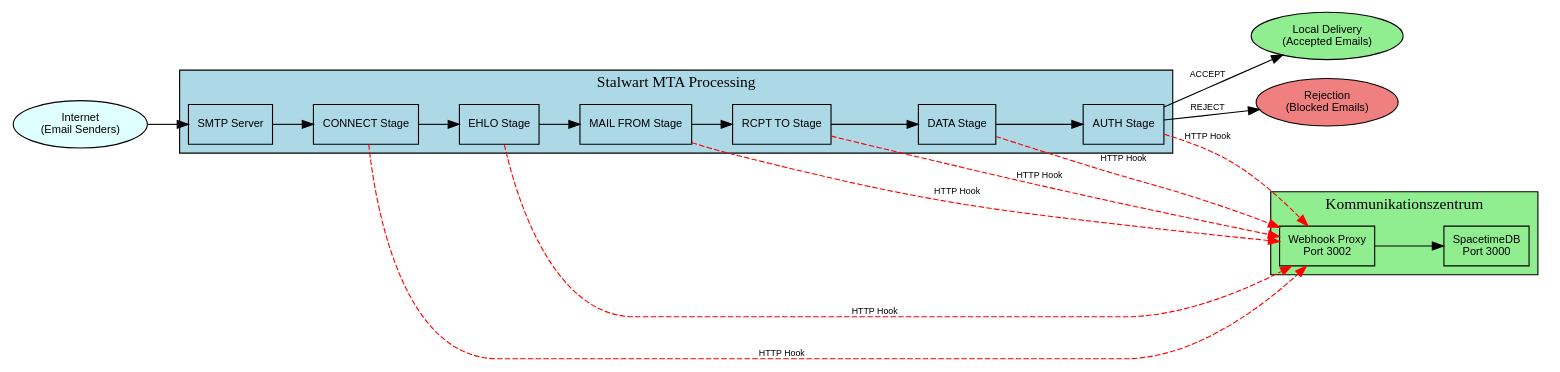
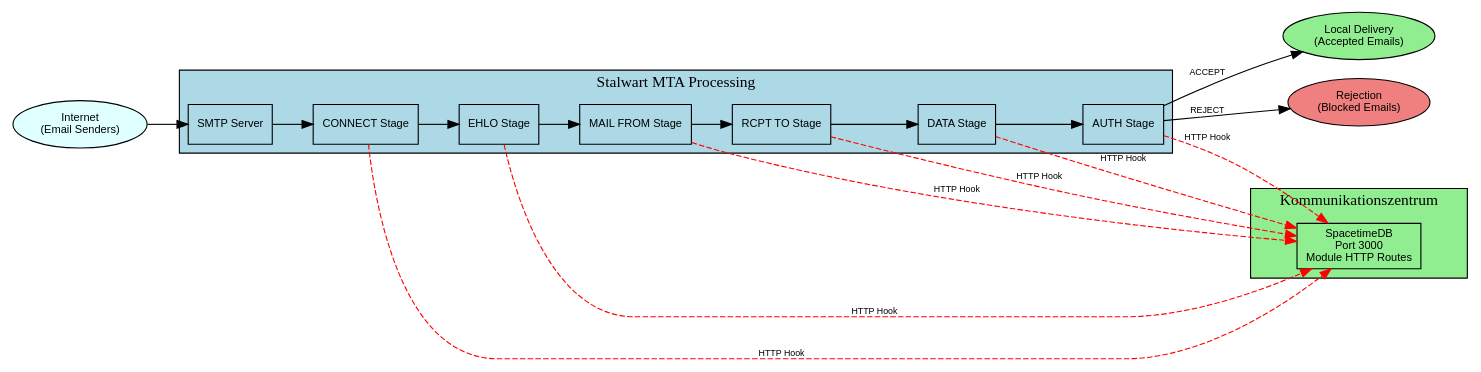
One commit to enaut/kommunikationszentrum changed the diagram in docs/src/email/stalwart-setup.md. Above: the diagram before and after it, drawn with Graphviz. The commit also changed other lines of this file and 64 other files, not shown here.

Commit message:
remove the webhook-proxy and use a spacetime embedded http handler instead to reduce complexity

````diff
--- a/docs/src/email/stalwart-setup.md
+++ b/docs/src/email/stalwart-setup.md
@@ -16,58 +16,57 @@
 ```dot process
 digraph stalwart_integration {
     rankdir=LR;
     node [shape=box, fontname="Arial", fontsize=10];
     edge [fontname="Arial", fontsize=8];
     
     // External components
     internet [label="Internet\n(Email Senders)", shape=ellipse, fillcolor=lightcyan, style=filled];
     
     // Stalwart MTA stages
     subgraph cluster_stalwart {
         label="Stalwart MTA Processing";
         style=filled;
         fillcolor=lightblue;
         
         smtp_server [label="SMTP Server"];
         connect_stage [label="CONNECT Stage"];
         ehlo_stage [label="EHLO Stage"];
         mail_stage [label="MAIL FROM Stage"];
         rcpt_stage [label="RCPT TO Stage"];
         data_stage [label="DATA Stage"];
         auth_stage [label="AUTH Stage"];
         
         smtp_server -> connect_stage -> ehlo_stage -> mail_stage -> rcpt_stage -> data_stage -> auth_stage;
     }
     
     // Kommunikationszentrum components
     subgraph cluster_komm {
         label="Kommunikationszentrum";
         style=filled;
         fillcolor=lightgreen;
         
-        webhook_proxy [label="Webhook Proxy\nPort 3002"];
-        spacetimedb [label="SpacetimeDB\nPort 3000"];
+        spacetimedb [label="SpacetimeDB\nPort 3000\nModule HTTP Routes", shape=box];
         
-        webhook_proxy -> spacetimedb;
+        spacetimedb;
     }
     
     // Email delivery
     local_delivery [label="Local Delivery\n(Accepted Emails)", shape=ellipse, fillcolor=lightgreen, style=filled];
     rejection [label="Rejection\n(Blocked Emails)", shape=ellipse, fillcolor=lightcoral, style=filled];
     
     // Flow connections
     internet -> smtp_server;
     
-    // Hook connections (each stage can call webhook)
-    connect_stage -> webhook_proxy [label="HTTP Hook", style=dashed, color=red];
-    ehlo_stage -> webhook_proxy [label="HTTP Hook", style=dashed, color=red];
-    mail_stage -> webhook_proxy [label="HTTP Hook", style=dashed, color=red];
-    rcpt_stage -> webhook_proxy [label="HTTP Hook", style=dashed, color=red];
-    data_stage -> webhook_proxy [label="HTTP Hook", style=dashed, color=red];
-    auth_stage -> webhook_proxy [label="HTTP Hook", style=dashed, color=red];
+    // Hook connections (each stage posts to the module route)
+    connect_stage -> spacetimedb [label="HTTP Hook", style=dashed, color=red];
+    ehlo_stage -> spacetimedb [label="HTTP Hook", style=dashed, color=red];
+    mail_stage -> spacetimedb [label="HTTP Hook", style=dashed, color=red];
+    rcpt_stage -> spacetimedb [label="HTTP Hook", style=dashed, color=red];
+    data_stage -> spacetimedb [label="HTTP Hook", style=dashed, color=red];
+    auth_stage -> spacetimedb [label="HTTP Hook", style=dashed, color=red];
     
     // Final decisions
     auth_stage -> local_delivery [label="ACCEPT"];
     auth_stage -> rejection [label="REJECT"];
 }
 ```
````
